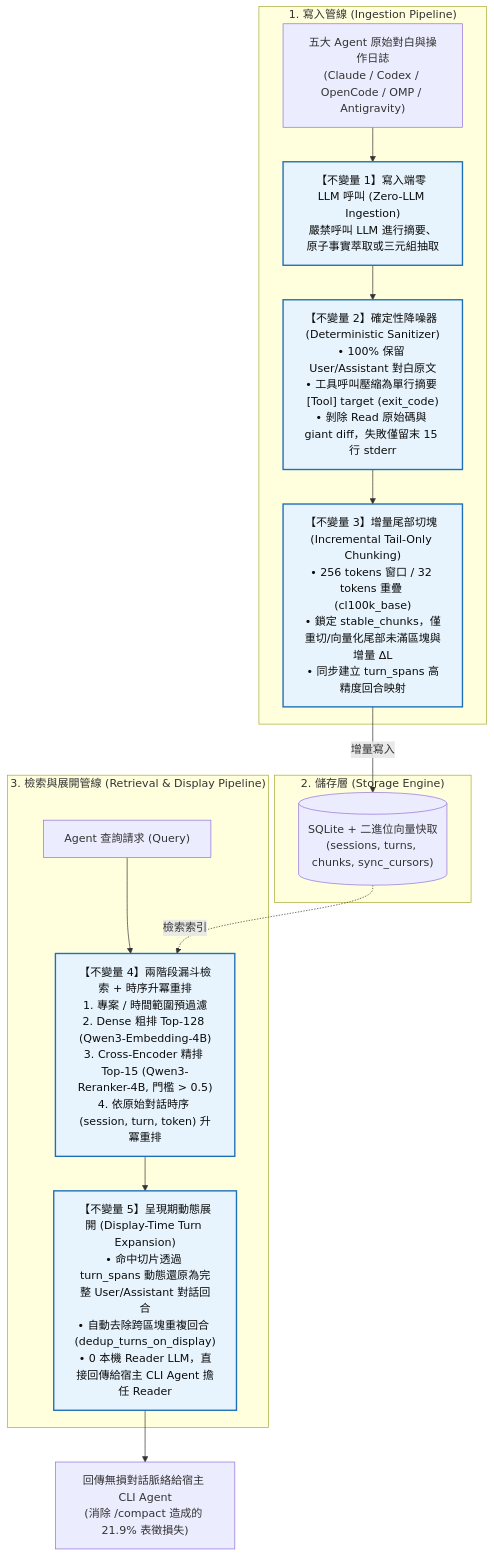
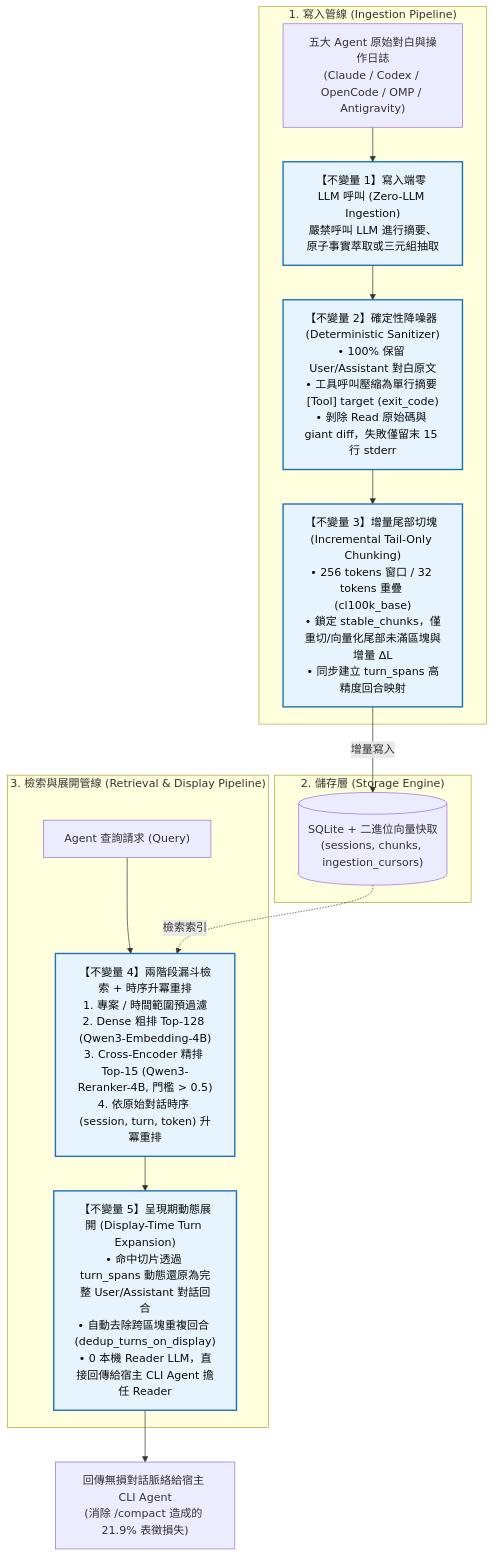
The diagram in README.md (yhsung/agent-raw-rag-mcp), drawn with Mermaid before and after one commit. The commit also changed 9 other files, not shown here.

````diff
--- a/README.md
+++ b/README.md
@@ -22,39 +22,39 @@
 ```mermaid
 flowchart TD
     %% 寫入端管線
     subgraph S1["1. 寫入管線 (Ingestion Pipeline)"]
         RAW["五大 Agent 原始對白與操作日誌<br/>(Claude / Codex / OpenCode / OMP / Antigravity)"]
         
         INV1["【不變量 1】寫入端零 LLM 呼叫 (Zero-LLM Ingestion)<br/>嚴禁呼叫 LLM 進行摘要、原子事實萃取或三元組抽取"]
         RAW --> INV1
         
         INV2["【不變量 2】確定性降噪器 (Deterministic Sanitizer)<br/>• 100% 保留 User/Assistant 對白原文<br/>• 工具呼叫壓縮為單行摘要 [Tool] target (exit_code)<br/>• 剝除 Read 原始碼與 giant diff，失敗僅留末 15 行 stderr"]
         INV1 --> INV2
         
         INV3["【不變量 3】增量尾部切塊 (Incremental Tail-Only Chunking)<br/>• 256 tokens 窗口 / 32 tokens 重疊 (cl100k_base)<br/>• 鎖定 stable_chunks，僅重切/向量化尾部未滿區塊與增量 ΔL<br/>• 同步建立 turn_spans 高精度回合映射"]
         INV2 --> INV3
     end
 
     %% 儲存層
     subgraph S2["2. 儲存層 (Storage Engine)"]
-        DB[("SQLite + 二進位向量快取<br/>(sessions, turns, chunks, sync_cursors)")]
+        DB[("SQLite + 二進位向量快取<br/>(sessions, chunks, ingestion_cursors)")]
         INV3 -->|增量寫入| DB
     end
 
     %% 檢索與展開管線
     subgraph S3["3. 檢索與展開管線 (Retrieval & Display Pipeline)"]
         QUERY["Agent 查詢請求 (Query)"]
         
         INV4["【不變量 4】兩階段漏斗檢索 + 時序升冪重排<br/>1. 專案 / 時間範圍預過濾<br/>2. Dense 粗排 Top-128 (Qwen3-Embedding-4B)<br/>3. Cross-Encoder 精排 Top-15 (Qwen3-Reranker-4B, 門檻 > 0.5)<br/>4. 依原始對話時序 (session, turn, token) 升冪重排"]
         QUERY --> INV4
         DB -.->|檢索索引| INV4
         
         INV5["【不變量 5】呈現期動態展開 (Display-Time Turn Expansion)<br/>• 命中切片透過 turn_spans 動態還原為完整 User/Assistant 對話回合<br/>• 自動去除跨區塊重複回合 (dedup_turns_on_display)<br/>• 0 本機 Reader LLM，直接回傳給宿主 CLI Agent 擔任 Reader"]
         INV4 --> INV5
     end
 
     INV5 --> OUT["回傳無損對話脈絡給宿主 CLI Agent<br/>(消除 /compact 造成的 21.9% 表徵損失)"]
 
     classDef inv fill:#e8f4fd,stroke:#1d70b8,stroke-width:2px,color:#0b0c0c;
     class INV1,INV2,INV3,INV4,INV5 inv;
 ```
````
